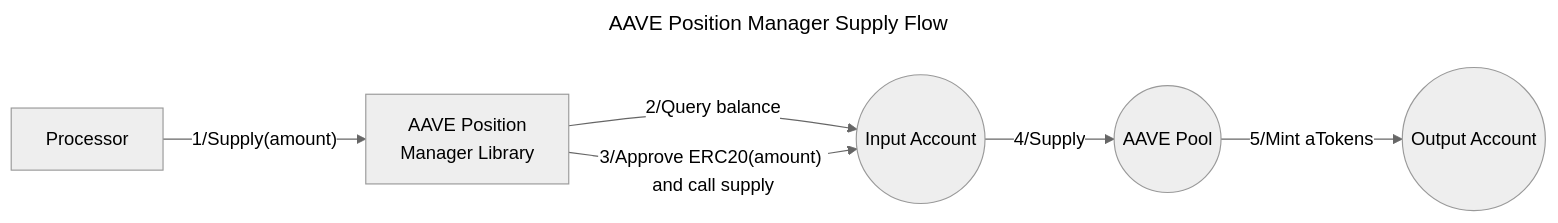
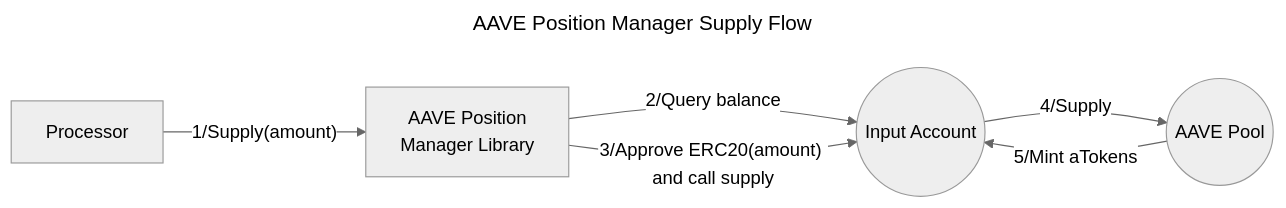
The first of 5 diagrams in docs/src/libraries/evm/aave_position_manager.md (timewave-computer/valence-protocol), drawn with Mermaid (neutral theme) before and after one commit. The commit also changed other lines of this file and 1 other file, not shown here.

Commit message:
use input account for everything except withdrawals

````diff
--- a/docs/src/libraries/evm/aave_position_manager.md
+++ b/docs/src/libraries/evm/aave_position_manager.md
@@ -7,18 +7,17 @@
 ```mermaid
 ---
 title: AAVE Position Manager Supply Flow
 ---
 flowchart LR
     P[Processor]
     A[AAVE Position
     Manager Library]
     IA((Input Account))
     AP((AAVE Pool))
-    OA((Output Account))
 
     P -- 1/Supply(amount) --> A
     A -- 2/Query balance --> IA
     A -- 3/Approve ERC20(amount) and call supply --> IA
     IA -- 4/Supply --> AP
-    AP -- 5/Mint aTokens --> OA
+    AP -- 5/Mint aTokens --> IA
 ```
````
